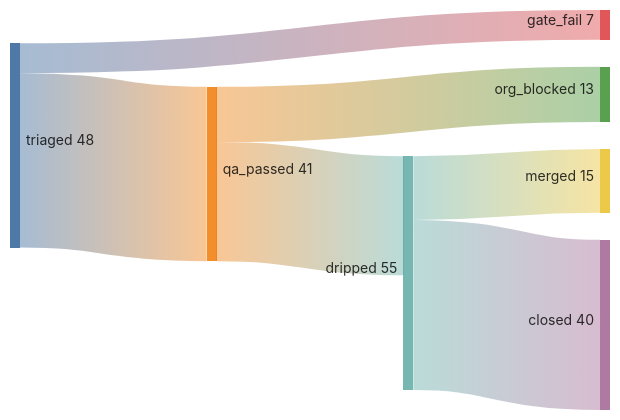
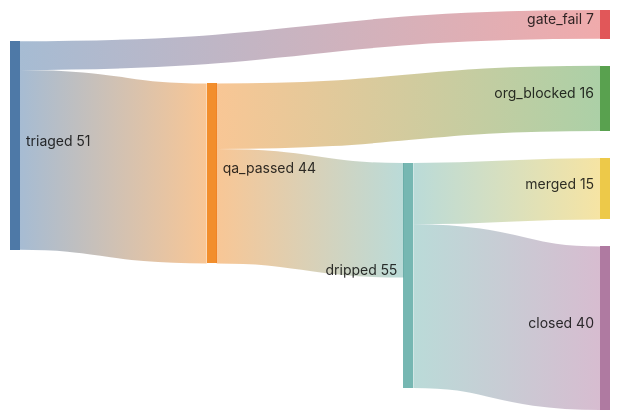
One commit to kimjune01/kimjune01 changed the diagram in README.md. Above: the diagram before and after it, drawn with Mermaid. The commit also changed other lines of this file, not shown here.

Commit message:
stats: 15/55 = 27% (01:13 UTC)

````diff
--- a/README.md
+++ b/README.md
@@ -5,9 +5,9 @@
 ```mermaid
 sankey-beta
-    triaged, qa_passed, 41
+    triaged, qa_passed, 44
     triaged, gate_fail, 7
     qa_passed, dripped, 28
-    qa_passed, org_blocked, 13
+    qa_passed, org_blocked, 16
     dripped, merged, 15
     dripped, closed, 40
 ```
````
